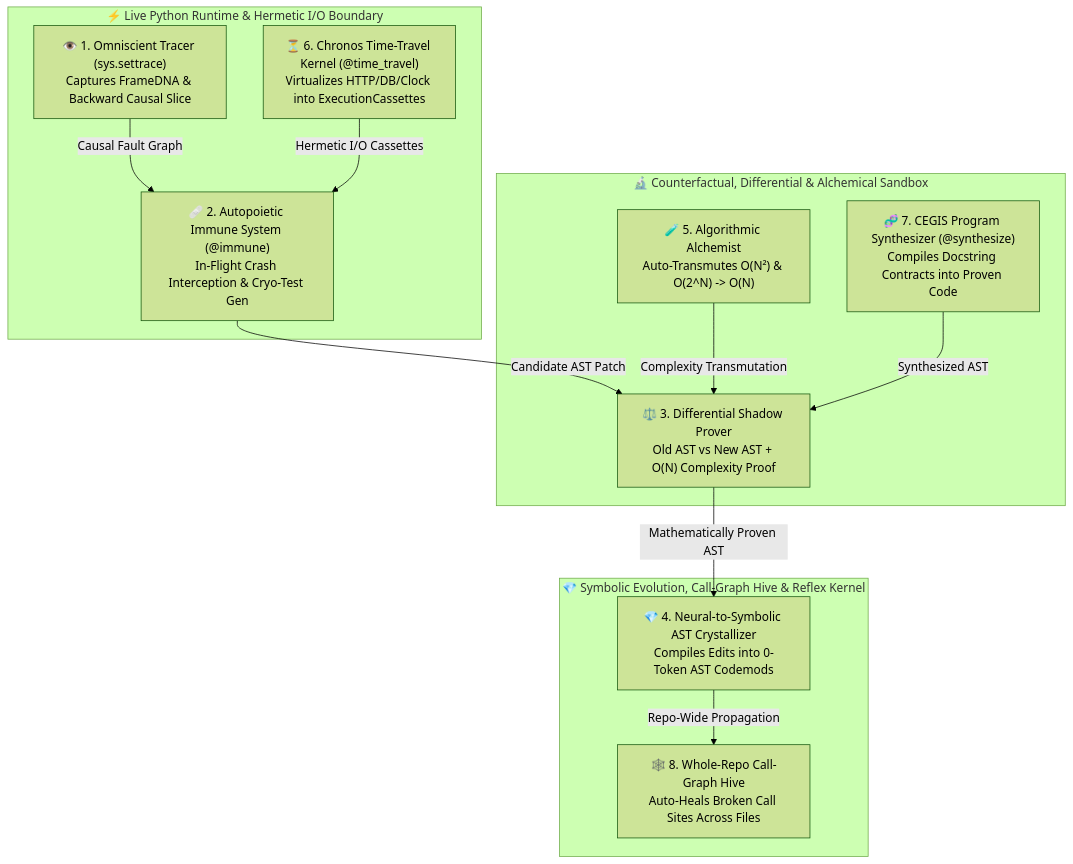
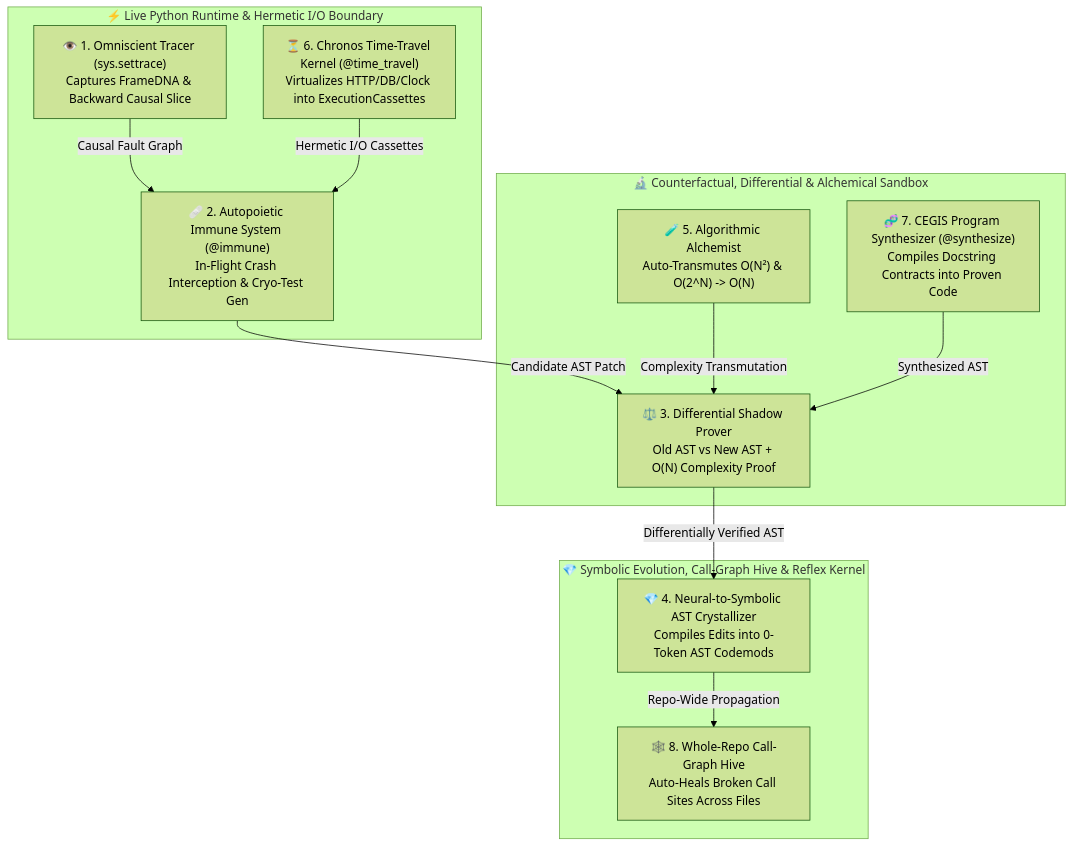
Before and after one commit to ntrieuvi97/thauthi: the diagram in README.md, drawn with Mermaid (forest theme). The commit also changed other lines of this file and 17 other files, not shown here.

````diff
--- a/README.md
+++ b/README.md
@@ -33,27 +33,27 @@
 ```mermaid
 flowchart TD
     subgraph Runtime["⚡ Live Python Runtime & Hermetic I/O Boundary"]
         OM["👁️ 1. Omniscient Tracer (sys.settrace)\nCaptures FrameDNA & Backward Causal Slice"]
         IM["🩹 2. Autopoietic Immune System (@immune)\nIn-Flight Crash Interception & Cryo-Test Gen"]
         CH["⏳ 6. Chronos Time-Travel Kernel (@time_travel)\nVirtualizes HTTP/DB/Clock into ExecutionCassettes"]
     end
 
     subgraph Sandbox["🔬 Counterfactual, Differential & Alchemical Sandbox"]
         PR["⚖️ 3. Differential Shadow Prover\nOld AST vs New AST + O(N) Complexity Proof"]
         AL["🧪 5. Algorithmic Alchemist\nAuto-Transmutes O(N²) & O(2^N) -> O(N)"]
         SY["🧬 7. CEGIS Program Synthesizer (@synthesize)\nCompiles Docstring Contracts into Proven Code"]
     end
 
     subgraph Compiler["💎 Symbolic Evolution, Call-Graph Hive & Reflex Kernel"]
         CR["💎 4. Neural-to-Symbolic AST Crystallizer\nCompiles Edits into 0-Token AST Codemods"]
         HV["🕸️ 8. Whole-Repo Call-Graph Hive\nAuto-Heals Broken Call Sites Across Files"]
     end
 
     OM -->|"Causal Fault Graph"| IM
     CH -->|"Hermetic I/O Cassettes"| IM
     IM -->|"Candidate AST Patch"| PR
     AL -->|"Complexity Transmutation"| PR
     SY -->|"Synthesized AST"| PR
-    PR -->|"Mathematically Proven AST"| CR
+    PR -->|"Differentially Verified AST"| CR
     CR -->|"Repo-Wide Propagation"| HV
 ```
````
